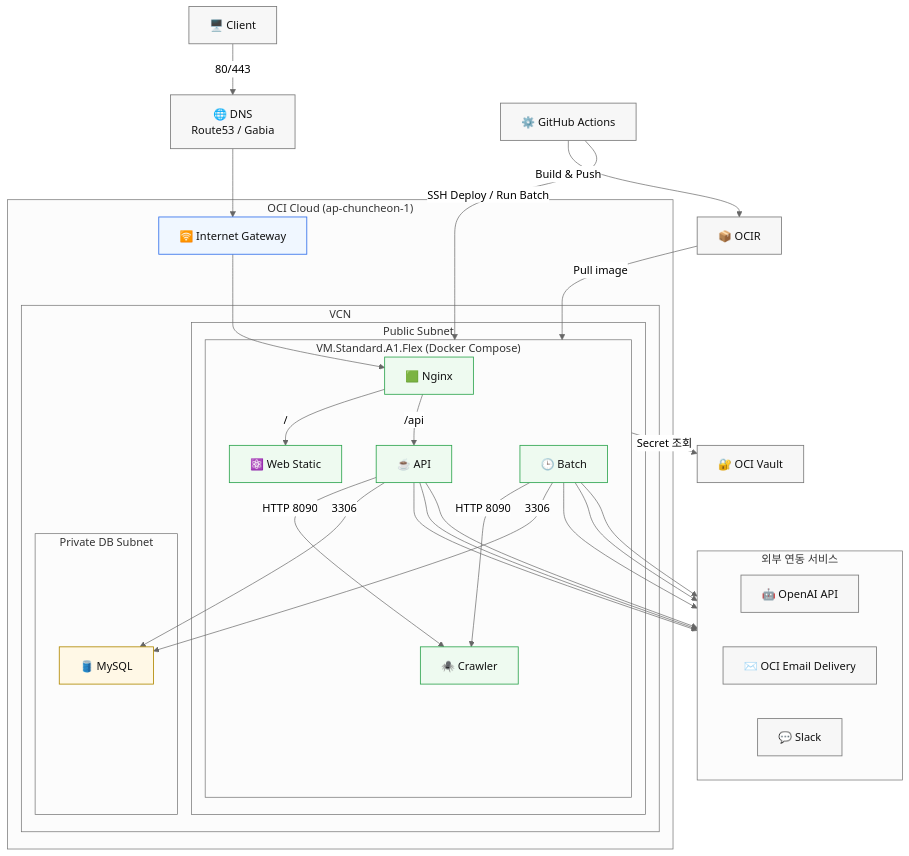
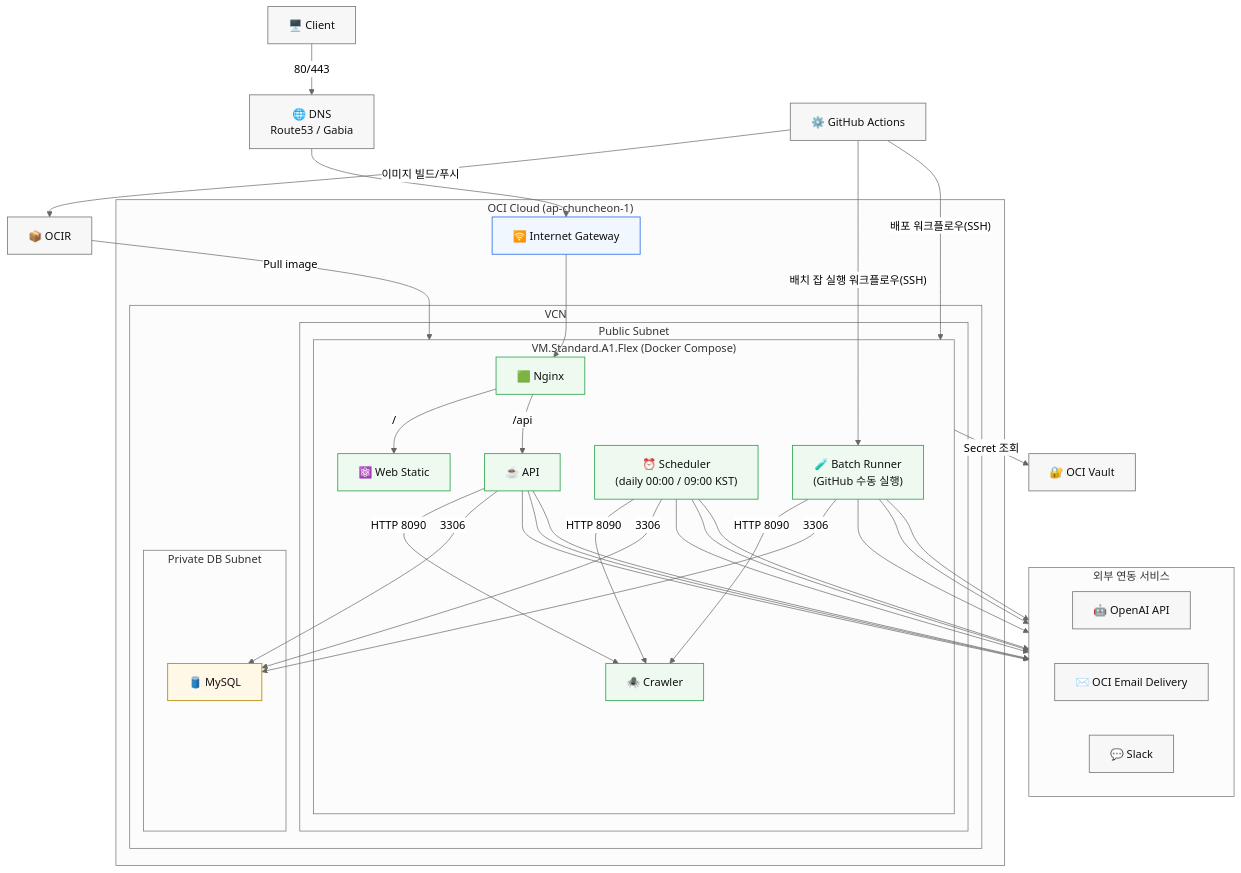
The diagram in README.md (hwanghe159/blogzip), drawn with Mermaid (neutral theme) before and after one commit. The commit also changed other lines of this file, not shown here.

````diff
--- a/README.md
+++ b/README.md
@@ -77,64 +84,72 @@
 ```mermaid
 flowchart TB
   Client["🖥️ Client"]
   DNS["🌐 DNS<br/>Route53 / Gabia"]
   GH["⚙️ GitHub Actions"]
   OCIR["📦 OCIR"]
   Vault["🔐 OCI Vault"]
 
   subgraph OCI["OCI Cloud (ap-chuncheon-1)"]
     IGW["🛜 Internet Gateway"]
     subgraph VCN["VCN"]
       subgraph PublicSubnet["Public Subnet"]
         subgraph VM["VM.Standard.A1.Flex (Docker Compose)"]
           Nginx["🟩 Nginx"]
           Web["⚛️ Web Static"]
           API["☕ API"]
-          Batch["🕒 Batch"]
           Crawler["🕷️ Crawler"]
+          Scheduler["⏰ Scheduler<br/>(daily 00:00 / 09:00 KST)"]
+          BatchRunner["🧪 Batch Runner<br/>(GitHub 수동 실행)"]
         end
       end
       subgraph PrivateSubnet["Private DB Subnet"]
         MySQL["🛢️ MySQL"]
       end
     end
   end
 
   subgraph Integrations["외부 연동 서비스"]
     direction LR
     OpenAI["🤖 OpenAI API"]
     Email["✉️ OCI Email Delivery"]
     Slack["💬 Slack"]
   end
 
   Client -->|"80/443"| DNS --> IGW --> Nginx
   Nginx -->|"/"| Web
   Nginx -->|"/api"| API
 
   API -->|"HTTP 8090"| Crawler
   API -->|"3306"| MySQL
   API --> OpenAI
   API --> Email
   API --> Slack
 
-  Batch -->|"HTTP 8090"| Crawler
-  Batch -->|"3306"| MySQL
-  Batch --> OpenAI
-  Batch --> Email
-  Batch --> Slack
+  Scheduler -->|"HTTP 8090"| Crawler
+  Scheduler -->|"3306"| MySQL
+  Scheduler --> OpenAI
+  Scheduler --> Email
+  Scheduler --> Slack
 
-  GH -->|"Build & Push"| OCIR
+  BatchRunner -->|"HTTP 8090"| Crawler
+  BatchRunner -->|"3306"| MySQL
+  BatchRunner --> OpenAI
+  BatchRunner --> Email
+  BatchRunner --> Slack
+
+  GH -->|"이미지 빌드/푸시"| OCIR
   OCIR -->|"Pull image"| VM
-  GH -->|"SSH Deploy / Run Batch"| VM
+  GH -->|"배포 워크플로우(SSH)"| VM
+  GH -->|"배치 잡 실행 워크플로우(SSH)"| BatchRunner
   VM -->|"Secret 조회"| Vault
 
   classDef external fill:#f7f7f7,stroke:#7a7a7a,color:#111,stroke-width:1.2px;
   classDef infra fill:#f0f7ff,stroke:#2f6feb,color:#111,stroke-width:1.2px;
   classDef app fill:#eefaf0,stroke:#2da44e,color:#111,stroke-width:1.2px;
   classDef db fill:#fff8e6,stroke:#b08800,color:#111,stroke-width:1.2px;
 
   class Client,DNS,GH,OCIR,OpenAI,Slack,Email,Vault external;
   class IGW infra;
-  class Nginx,Web,API,Batch,Crawler app;
+  class Nginx,Web,API,Crawler,Scheduler,BatchRunner app;
   class MySQL db;
 ```
````
